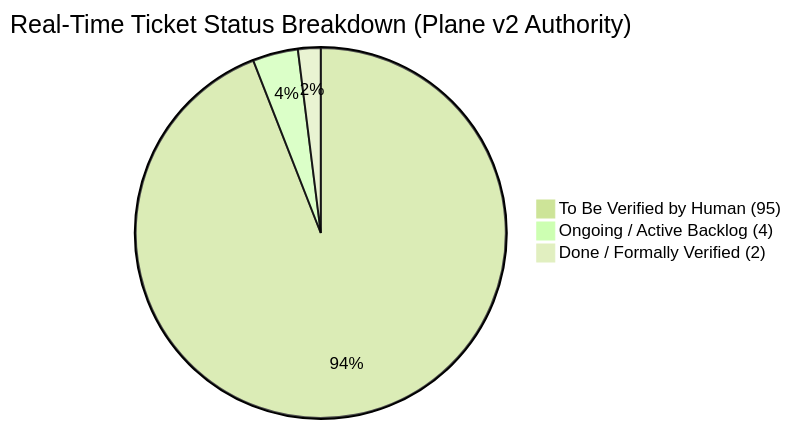
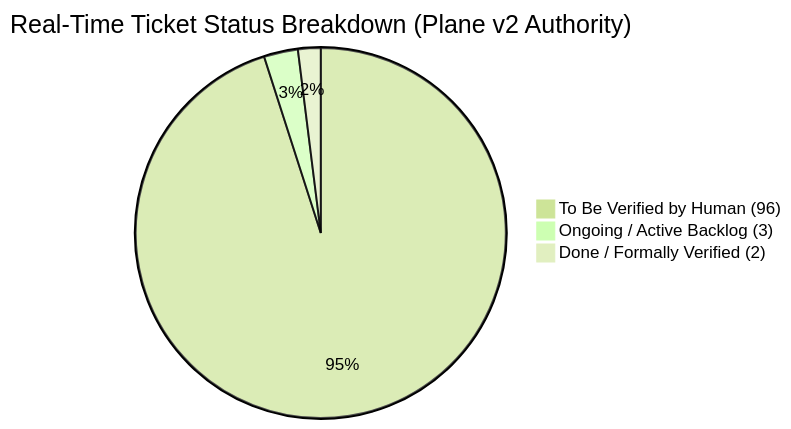
Before and after one commit to yasuomaidana/dendrite: the first of 4 diagrams in docs/roadmap/development-status-roadmap.md, drawn with Mermaid (forest theme). The commit also changed other lines of this file and 20 other files, not shown here.

````diff
--- a/docs/roadmap/development-status-roadmap.md
+++ b/docs/roadmap/development-status-roadmap.md
@@ -36,6 +36,6 @@
 ```mermaid
 pie title Real-Time Ticket Status Breakdown (Plane v2 Authority)
-    "To Be Verified by Human (95)" : 95
-    "Ongoing / Active Backlog (4)" : 4
+    "To Be Verified by Human (96)" : 96
+    "Ongoing / Active Backlog (3)" : 3
     "Done / Formally Verified (2)" : 2
 ```
````
